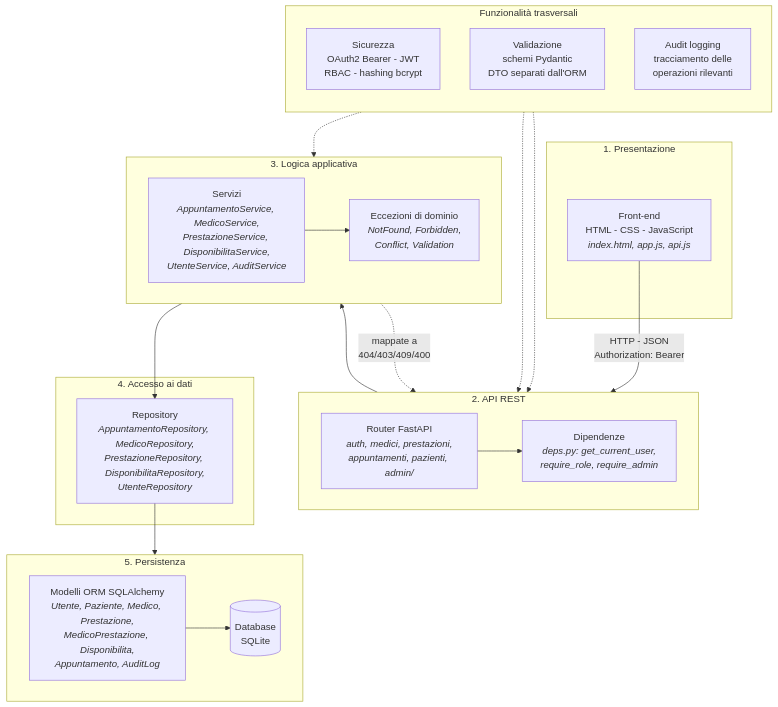
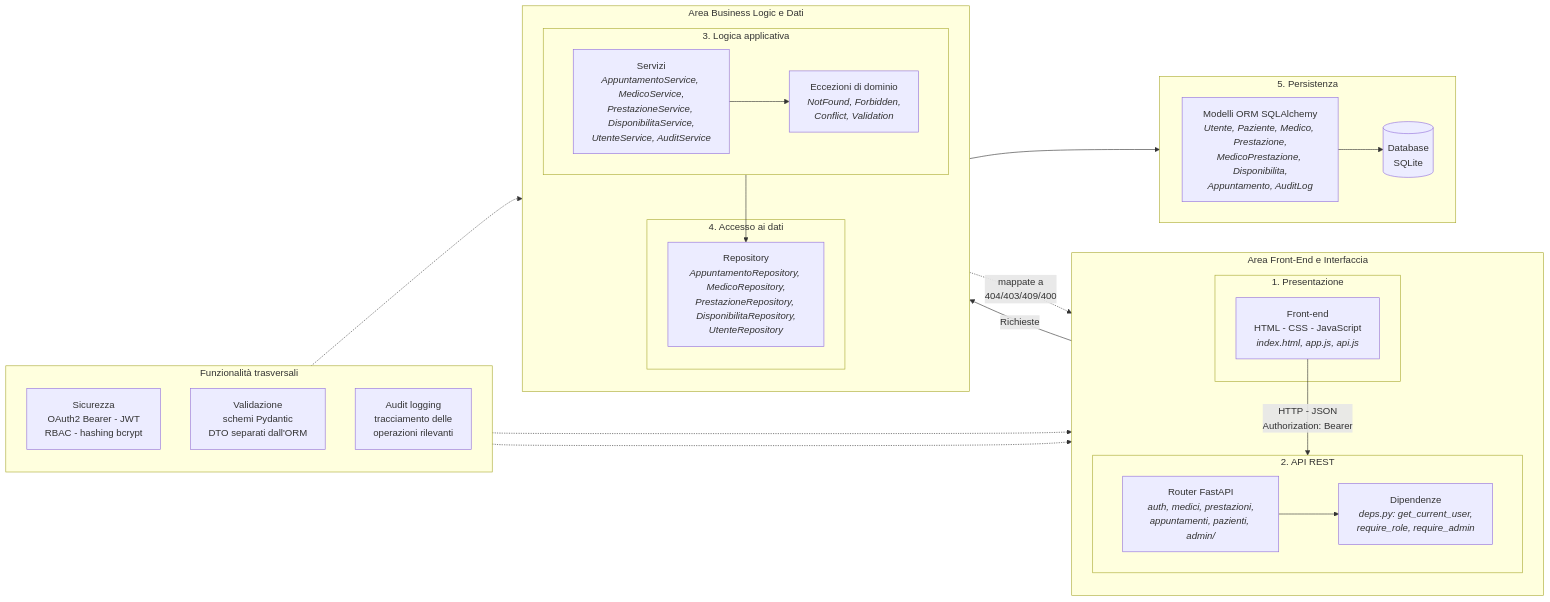
One commit to giovannicarrino-2802/PW16 changed the first of 2 diagrams in poliambulatorio-prenotazioni/docs/architettura.md. Above: the diagram before and after it, drawn with Mermaid.

````diff
--- a/poliambulatorio-prenotazioni/docs/architettura.md
+++ b/poliambulatorio-prenotazioni/docs/architettura.md
@@ -6,55 +6,66 @@
 ```mermaid
-flowchart TB
-    %% Asse portante dell'architettura
-    FE -->|"HTTP - JSON<br/>Authorization: Bearer"| RT
-    RT --> SVC
-    SVC --> REP
-    REP --> ORM
+flowchart LR
+    %% -- BLOCCO SINISTRO --
+    subgraph MACRO_SX ["Area Front-End e Interfaccia"]
+        direction TB
+        
+        subgraph L1["1. Presentazione"]
+            FE["Front-end<br/>HTML - CSS - JavaScript<br/><i>index.html, app.js, api.js</i>"]
+        end
 
-    subgraph L1["1. Presentazione"]
-        FE["Front-end<br/>HTML - CSS - JavaScript<br/><i>index.html, app.js, api.js</i>"]
+        subgraph L2["2. API REST"]
+            direction LR
+            RT["Router FastAPI<br/><i>auth, medici, prestazioni,<br/>appuntamenti, pazienti, admin/</i>"]
+            DEP["Dipendenze<br/><i>deps.py: get_current_user,<br/>require_role, require_admin</i>"]
+            
+            RT --> DEP
+        end
+        
+        FE -->|"HTTP - JSON<br/>Authorization: Bearer"| RT
     end
 
-    subgraph L2["2. API REST"]
-        direction LR
-        RT["Router FastAPI<br/><i>auth, medici, prestazioni,<br/>appuntamenti, pazienti, admin/</i>"]
-        DEP["Dipendenze<br/><i>deps.py: get_current_user,<br/>require_role, require_admin</i>"]
+    %% -- BLOCCO DESTRO --
+    subgraph MACRO_DX ["Area Business Logic e Dati"]
+        direction TB
         
-        RT --> DEP
+        subgraph L3["3. Logica applicativa"]
+            direction LR
+            SVC["Servizi<br/><i>AppuntamentoService, MedicoService,<br/>PrestazioneService, DisponibilitaService,<br/>UtenteService, AuditService</i>"]
+            EXC["Eccezioni di dominio<br/><i>NotFound, Forbidden,<br/>Conflict, Validation</i>"]
+            
+            SVC --> EXC
+        end
+
+        subgraph L4["4. Accesso ai dati"]
+            REP["Repository<br/><i>AppuntamentoRepository, MedicoRepository,<br/>PrestazioneRepository, DisponibilitaRepository,<br/>UtenteRepository</i>"]
+        end
+        
+        SVC --> REP
     end
 
-    subgraph L3["3. Logica applicativa"]
-        direction LR
-        SVC["Servizi<br/><i>AppuntamentoService, MedicoService,<br/>PrestazioneService, DisponibilitaService,<br/>UtenteService, AuditService</i>"]
-        EXC["Eccezioni di dominio<br/><i>NotFound, Forbidden,<br/>Conflict, Validation</i>"]
-        
-        SVC --> EXC
-    end
+    %% -- COLLEGAMENTI TRA SINISTRA E DESTRA --
+    RT -->|Richieste| SVC
+    EXC -.->|"mappate a<br/>404/403/409/400"| RT
 
-    subgraph L4["4. Accesso ai dati"]
-        REP["Repository<br/><i>AppuntamentoRepository, MedicoRepository,<br/>PrestazioneRepository, DisponibilitaRepository,<br/>UtenteRepository</i>"]
-    end
-
+    %% -- MODULI SOTTOSTANTI / TRASVERSALI --
     subgraph L5["5. Persistenza"]
         direction LR
         ORM["Modelli ORM SQLAlchemy<br/><i>Utente, Paziente, Medico, Prestazione,<br/>MedicoPrestazione, Disponibilita,<br/>Appuntamento, AuditLog</i>"]
         DB[("Database<br/>SQLite")]
         
         ORM --> DB
     end
 
     subgraph TRA["Funzionalità trasversali"]
         direction TB
         SEC["Sicurezza<br/>OAuth2 Bearer - JWT<br/>RBAC - hashing bcrypt"]
         VAL["Validazione<br/>schemi Pydantic<br/>DTO separati dall'ORM"]
         AUD["Audit logging<br/>tracciamento delle<br/>operazioni rilevanti"]
     end
 
-    %% Collegamento di ritorno delle eccezioni (più lungo per non spezzare il layout)
-    EXC -.->|"mappate a<br/>404/403/409/400"| RT
-
-    %% Collegamenti dalle funzionalità trasversali (Cross-cutting)
+    %% -- COLLEGAMENTI FINALI --
+    REP --> ORM
     SEC -.-> DEP
     VAL -.-> RT
     AUD -.-> SVC
 ```
````
